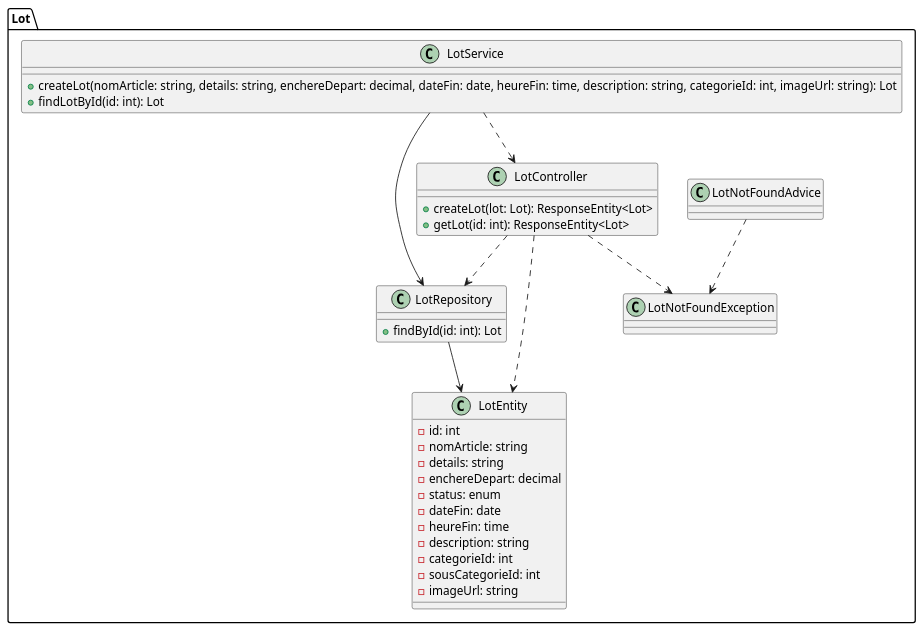
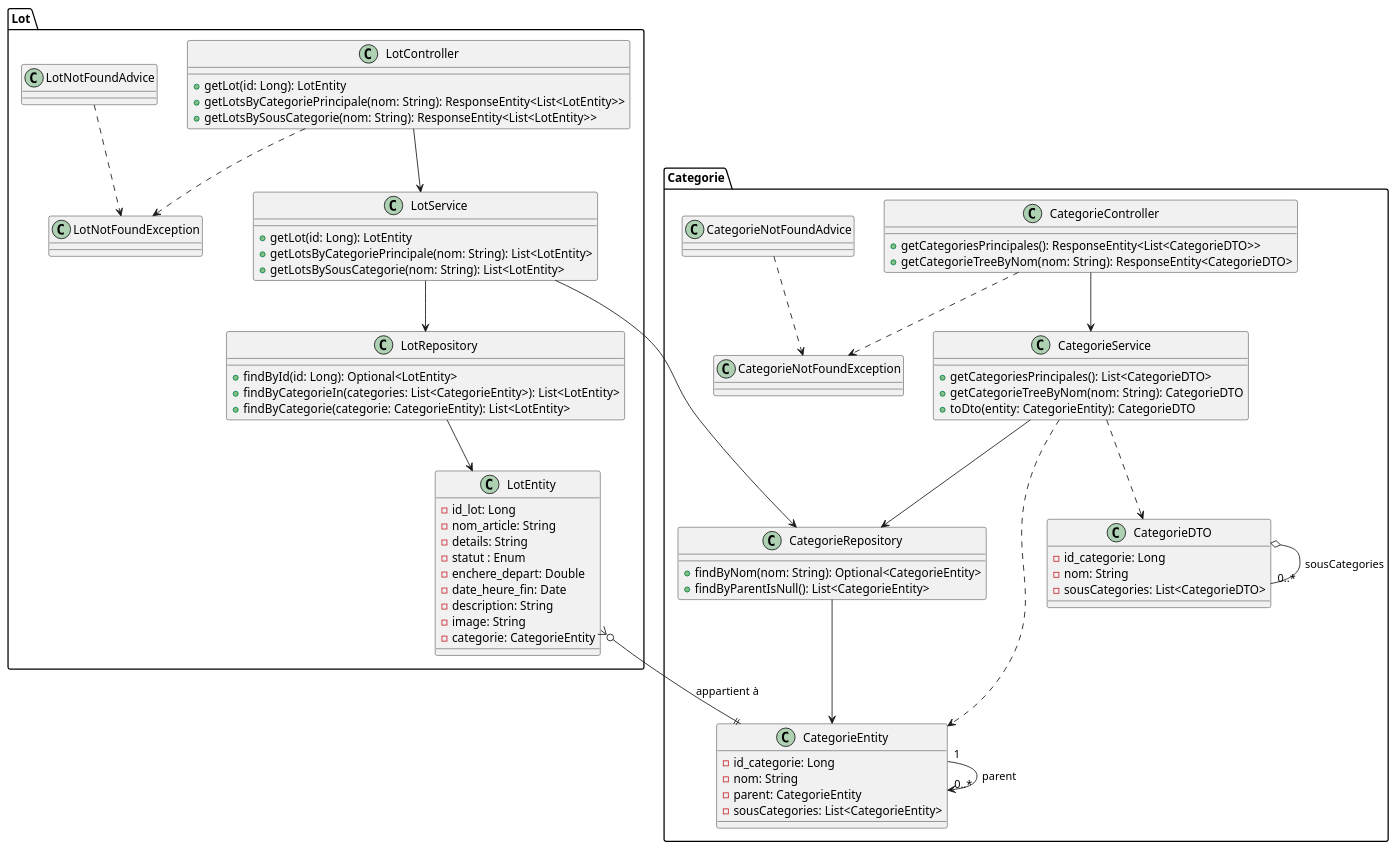
One commit to ETML-ES-LABEFE-SAM-YOAN/BACKEND changed the diagram in docs/class_diagram.plantuml. Above: the diagram before and after it, drawn with PlantUML. The commit also changed 2 other files, not shown here.

Commit message:
docs: adapt documentation for Lot and Category

```diff
--- a/docs/class_diagram.plantuml
+++ b/docs/class_diagram.plantuml
@@ -1,44 +1,90 @@
 @startuml
 
 package "Lot" {
     class LotController {
-        + createLot(lot: Lot): ResponseEntity<Lot>
-        + getLot(id: int): ResponseEntity<Lot>
+        + getLot(id: Long): LotEntity
+        + getLotsByCategoriePrincipale(nom: String): ResponseEntity<List<LotEntity>>
+        + getLotsBySousCategorie(nom: String): ResponseEntity<List<LotEntity>>
+    }
+
+    class LotService {
+        + getLot(id: Long): LotEntity
+        + getLotsByCategoriePrincipale(nom: String): List<LotEntity>
+        + getLotsBySousCategorie(nom: String): List<LotEntity>
+    }
+
+    class LotRepository {
+        + findById(id: Long): Optional<LotEntity>
+        + findByCategorieIn(categories: List<CategorieEntity>): List<LotEntity>
+        + findByCategorie(categorie: CategorieEntity): List<LotEntity>
+    }
+
+    class LotEntity {
+        - id_lot: Long
+        - nom_article: String
+        - details: String
+        - statut : Enum
+        - enchere_depart: Double
+        - date_heure_fin: Date
+        - description: String
+        - image: String
+        - categorie: CategorieEntity
     }
 
     class LotNotFoundAdvice
     class LotNotFoundException
 
-    class LotRepository {
-        + findById(id: int): Lot
+    LotController --> LotService
+    LotService --> LotRepository
+    LotRepository --> LotEntity
+    LotNotFoundAdvice ..> LotNotFoundException
+    LotController ..> LotNotFoundException
+}
+
+package "Categorie" {
+    class CategorieController {
+        + getCategoriesPrincipales(): ResponseEntity<List<CategorieDTO>>
+        + getCategorieTreeByNom(nom: String): ResponseEntity<CategorieDTO>
     }
 
-    class LotService {
-        + createLot(nomArticle: string, details: string, enchereDepart: decimal, dateFin: date, heureFin: time, description: string, categorieId: int, imageUrl: string): Lot
-        + findLotById(id: int): Lot
+    class CategorieService {
+        + getCategoriesPrincipales(): List<CategorieDTO>
+        + getCategorieTreeByNom(nom: String): CategorieDTO
+        + toDto(entity: CategorieEntity): CategorieDTO
     }
 
-    class LotEntity {
-        - id: int
-        - nomArticle: string
-        - details: string
-        - enchereDepart: decimal
-        - status: enum
-        - dateFin: date
-        - heureFin: time
-        - description: string
-        - categorieId: int
-        - sousCategorieId: int
-        - imageUrl: string
+    class CategorieRepository {
+        + findByNom(nom: String): Optional<CategorieEntity>
+        + findByParentIsNull(): List<CategorieEntity>
     }
 
-    LotNotFoundAdvice ..> LotNotFoundException
-    LotController ..> LotNotFoundException
-    LotController ..> LotRepository
-    LotController ..> LotEntity
-    LotService ..> LotController
-    LotService --> LotRepository
-    LotRepository --> LotEntity
+    class CategorieEntity {
+        - id_categorie: Long
+        - nom: String
+        - parent: CategorieEntity
+        - sousCategories: List<CategorieEntity>
+    }
+
+    class CategorieDTO {
+        - id_categorie: Long
+        - nom: String
+        - sousCategories: List<CategorieDTO>
+    }
+
+    class CategorieNotFoundAdvice
+    class CategorieNotFoundException
+
+    CategorieController --> CategorieService
+    CategorieService --> CategorieRepository
+    CategorieService ..> CategorieDTO
+    CategorieService ..> CategorieEntity
+    CategorieRepository --> CategorieEntity
+    CategorieEntity "1" --> "0..*" CategorieEntity : parent
+    CategorieDTO o-- "0..*" CategorieDTO : sousCategories
+    CategorieNotFoundAdvice ..> CategorieNotFoundException
+    CategorieController ..> CategorieNotFoundException
 }
+LotEntity }o--|| CategorieEntity : appartient à
+    LotService --> CategorieRepository
 
 @enduml
```
